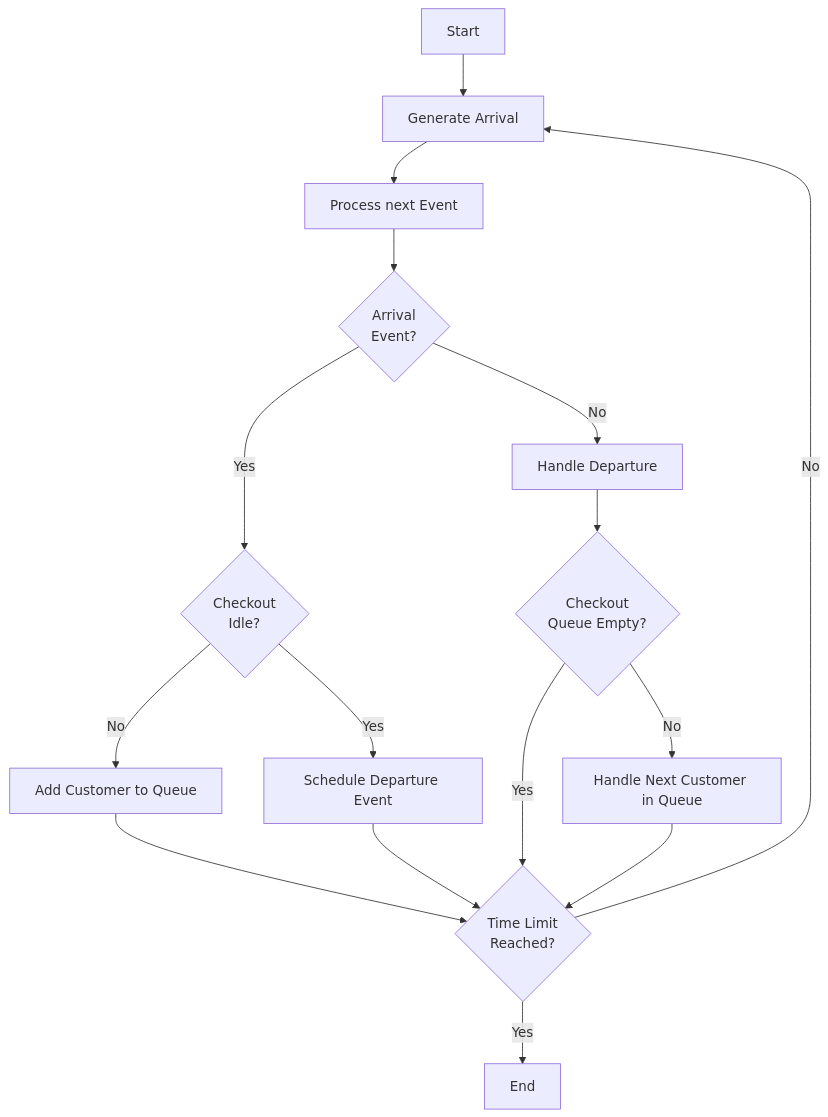
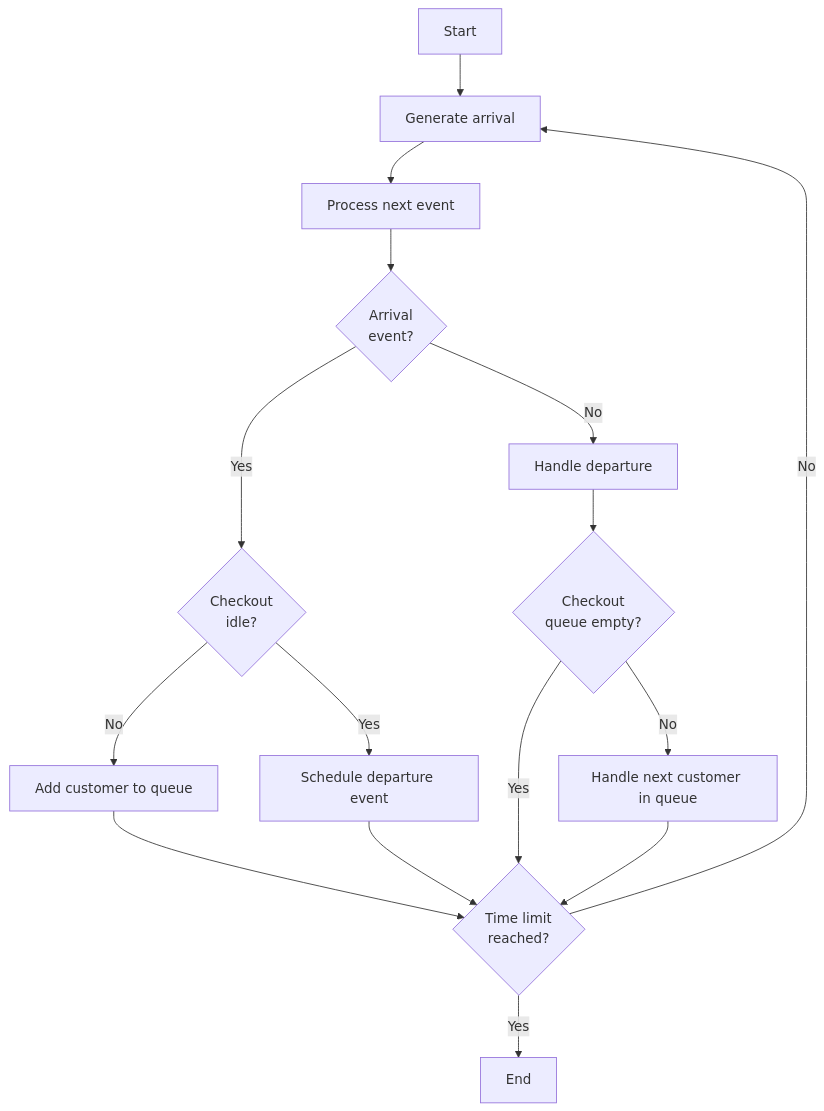
One commit to mircohoehne/grocery_store_checkout_simulation changed the diagram in readme.md. Above: the diagram before and after it, drawn with Mermaid. The commit also changed other lines of this file, not shown here.

````diff
--- a/readme.md
+++ b/readme.md
@@ -17,20 +16,18 @@
 ```mermaid
 graph TD
-
-    A[Start] --> B[Generate Arrival]
-    B --> C[Process next Event]
-    C --> N{Arrival <br>Event?}
-    N --> |Yes| D{Checkout <br> Idle?}
-    N --> |No| F[Handle Departure]
-    D --> |Yes| E[Schedule Departure Event]
-    D --> |No| Z[Add Customer to Queue]
-    Z --> H{Time Limit <br> Reached?}
-    E --> H
-    F --> J{Checkout <br> Queue Empty?}
-    J --> |Yes| H
-    J --> |No| L[Handle Next Customer in Queue]
-    L --> H
-    H --> |No| B
-    H --> |Yes| I[End]
-
+    a[Start] --> b[Generate arrival]
+    b --> c[Process next event]
+    c --> n{Arrival <br>event?}
+    n --> |Yes| d{Checkout <br> idle?}
+    n --> |No| f[Handle departure]
+    d --> |Yes| e[Schedule departure event]
+    d --> |No| z[Add customer to queue]
+    z --> h{Time limit <br> reached?}
+    e --> h
+    f --> j{Checkout <br> queue empty?}
+    j --> |Yes| h
+    j --> |No| l[Handle next customer in queue]
+    l --> h
+    h --> |No| b
+    h --> |Yes| i[End]
 ```
````
